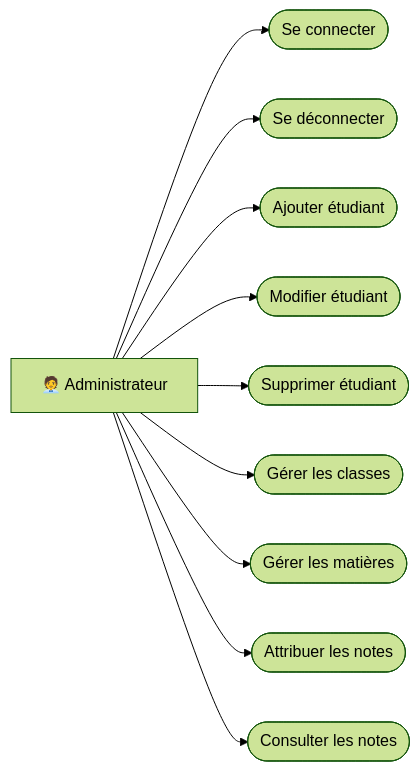
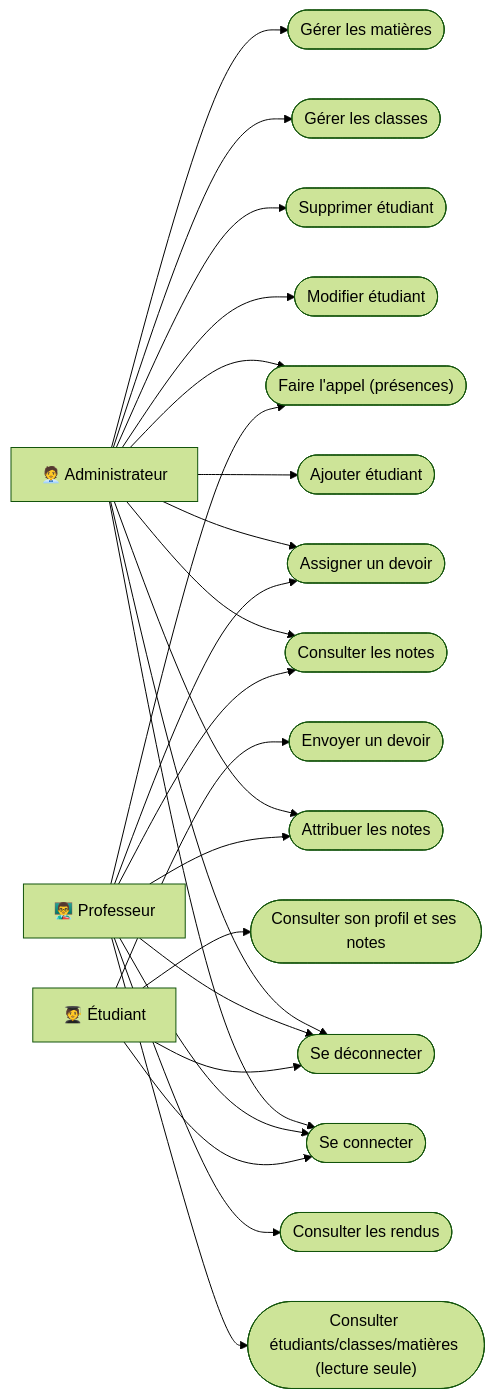
Before and after one commit to akelly223/istapro: the first of 6 diagrams in docs/01-conception-UML.md, drawn with Mermaid (forest theme). The commit also changed other lines of this file and 1 other file, not shown here.

Commit message:
docs: conception UML mise a jour et fiche de l'extension roles/devoirs/presences

````diff
--- a/docs/01-conception-UML.md
+++ b/docs/01-conception-UML.md
@@ -21,24 +21,48 @@
 ```mermaid
 graph LR
     Admin["🧑‍💼 Administrateur"]
+    Prof["👨‍🏫 Professeur"]
+    Etu["🧑‍🎓 Étudiant"]
 
     UC1(["Se connecter"])
     UC2(["Se déconnecter"])
     UC3(["Ajouter étudiant"])
     UC4(["Modifier étudiant"])
     UC5(["Supprimer étudiant"])
     UC6(["Gérer les classes"])
     UC7(["Gérer les matières"])
     UC8(["Attribuer les notes"])
     UC9(["Consulter les notes"])
+    UC10(["Consulter étudiants/classes/matières (lecture seule)"])
+    UC11(["Assigner un devoir"])
+    UC12(["Consulter les rendus"])
+    UC13(["Faire l'appel (présences)"])
+    UC14(["Consulter son profil et ses notes"])
+    UC15(["Envoyer un devoir"])
 
     Admin --> UC1
     Admin --> UC2
     Admin --> UC3
     Admin --> UC4
     Admin --> UC5
     Admin --> UC6
     Admin --> UC7
     Admin --> UC8
     Admin --> UC9
+    Admin --> UC11
+    Admin --> UC13
+
+    Prof --> UC1
+    Prof --> UC2
+    Prof --> UC8
+    Prof --> UC9
+    Prof --> UC10
+    Prof --> UC11
+    Prof --> UC12
+    Prof --> UC13
+
+    Etu --> UC1
+    Etu --> UC2
+    Etu --> UC14
+    Etu --> UC15
 ```
````
